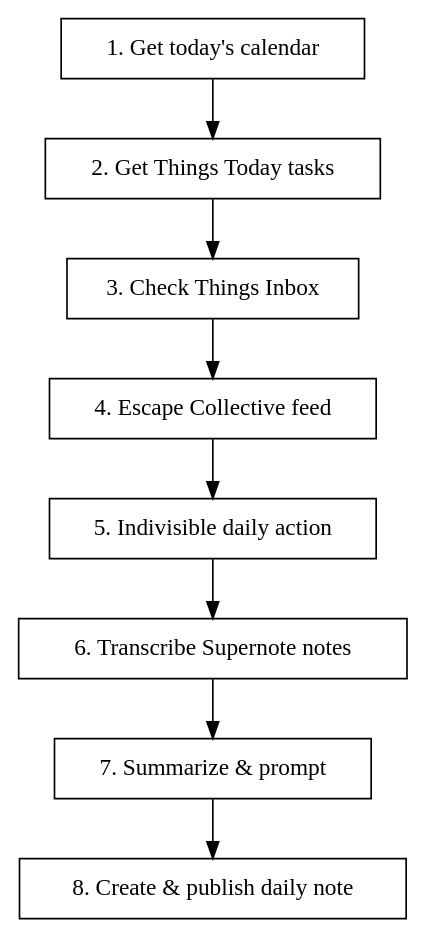
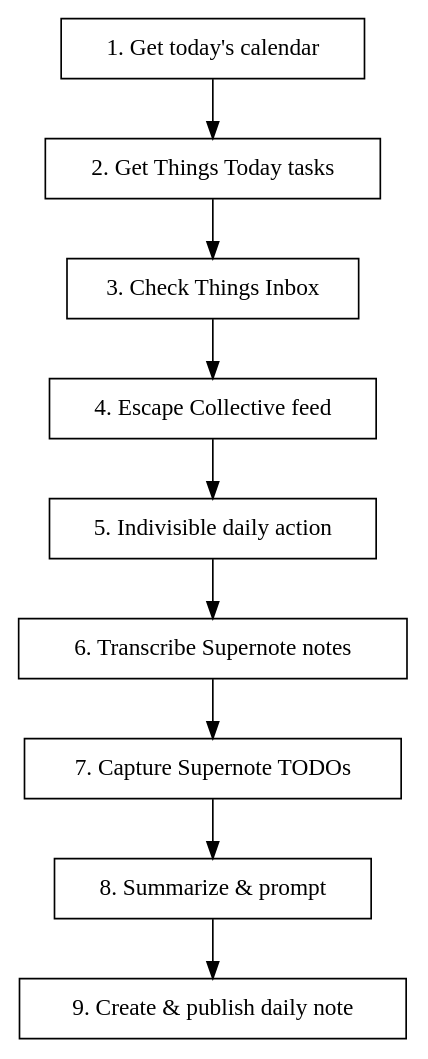
Before and after one commit to jhuggart/dotfiles: the diagram in claude/skills/daily/SKILL.md, drawn with Graphviz. The commit also changed other lines of this file, not shown here.

First line of the commit message:
Add Supernote TODO capture step to daily skill

````diff
--- a/claude/skills/daily/SKILL.md
+++ b/claude/skills/daily/SKILL.md
@@ -10,14 +10,15 @@
 ```dot
 digraph daily {
     rankdir=TB;
     node [shape=box];
 
     "1. Get today's calendar" -> "2. Get Things Today tasks";
     "2. Get Things Today tasks" -> "3. Check Things Inbox";
     "3. Check Things Inbox" -> "4. Escape Collective feed";
     "4. Escape Collective feed" -> "5. Indivisible daily action";
     "5. Indivisible daily action" -> "6. Transcribe Supernote notes";
-    "6. Transcribe Supernote notes" -> "7. Summarize & prompt";
-    "7. Summarize & prompt" -> "8. Create & publish daily note";
+    "6. Transcribe Supernote notes" -> "7. Capture Supernote TODOs";
+    "7. Capture Supernote TODOs" -> "8. Summarize & prompt";
+    "8. Summarize & prompt" -> "9. Create & publish daily note";
 }
 ```
````
